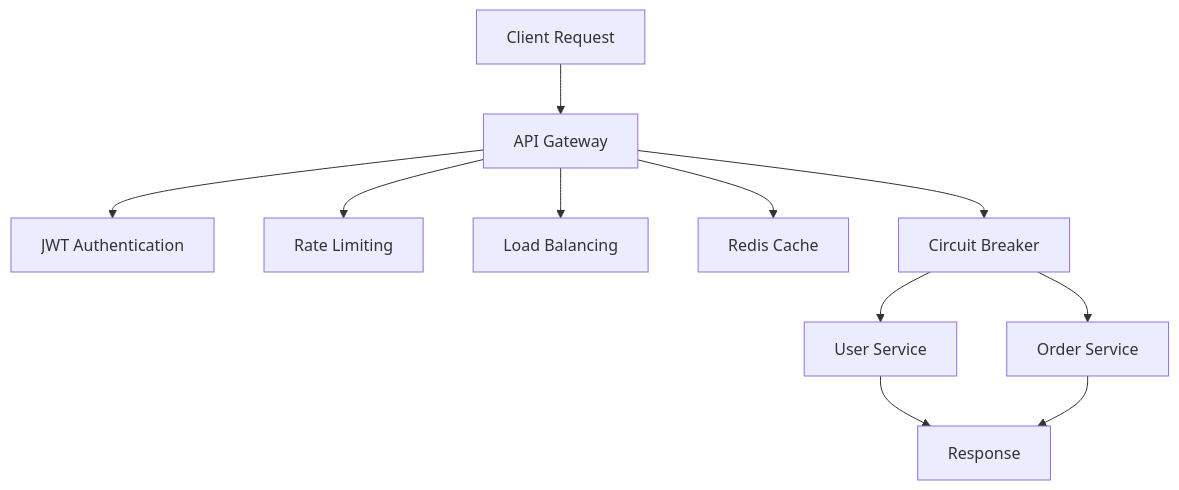
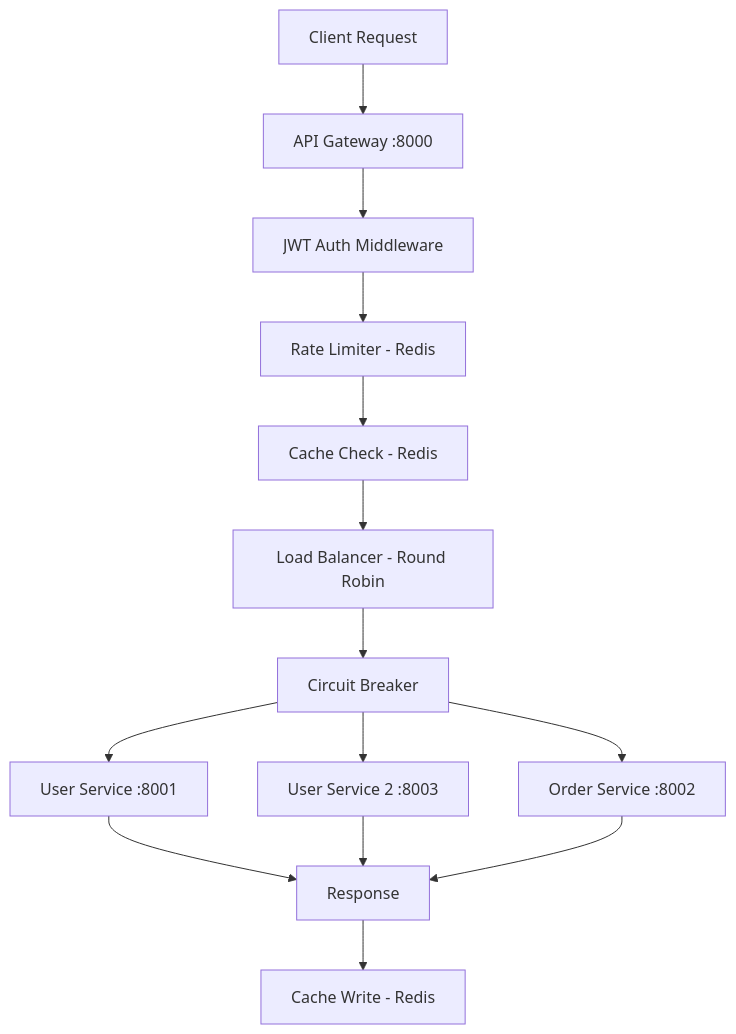
One commit to arcinth/scalable-api-gateway changed the diagram in README.md. Above: the diagram before and after it, drawn with Mermaid. The commit also changed other lines of this file, not shown here.

````diff
--- a/README.md
+++ b/README.md
@@ -24,16 +11,19 @@
 ```mermaid
 flowchart TD
-    A[Client Request] --> B[API Gateway]
+    A[Client Request] --> B[API Gateway :8000]
 
-    B --> C[JWT Authentication]
-    B --> D[Rate Limiting]
-    B --> E[Load Balancing]
-    B --> F[Redis Cache]
-    B --> G[Circuit Breaker]
+    B --> C[JWT Auth Middleware]
+    C --> D[Rate Limiter - Redis]
+    D --> E[Cache Check - Redis]
+    E --> F[Load Balancer - Round Robin]
+    F --> G[Circuit Breaker]
 
-    G --> H[User Service]
-    G --> I[Order Service]
+    G --> H[User Service :8001]
+    G --> I[User Service 2 :8003]
+    G --> J[Order Service :8002]
 
-    H --> J[Response]
-    I --> J
+    H --> K[Response]
+    I --> K
+    J --> K
+    K --> L[Cache Write - Redis]
 ```
````
